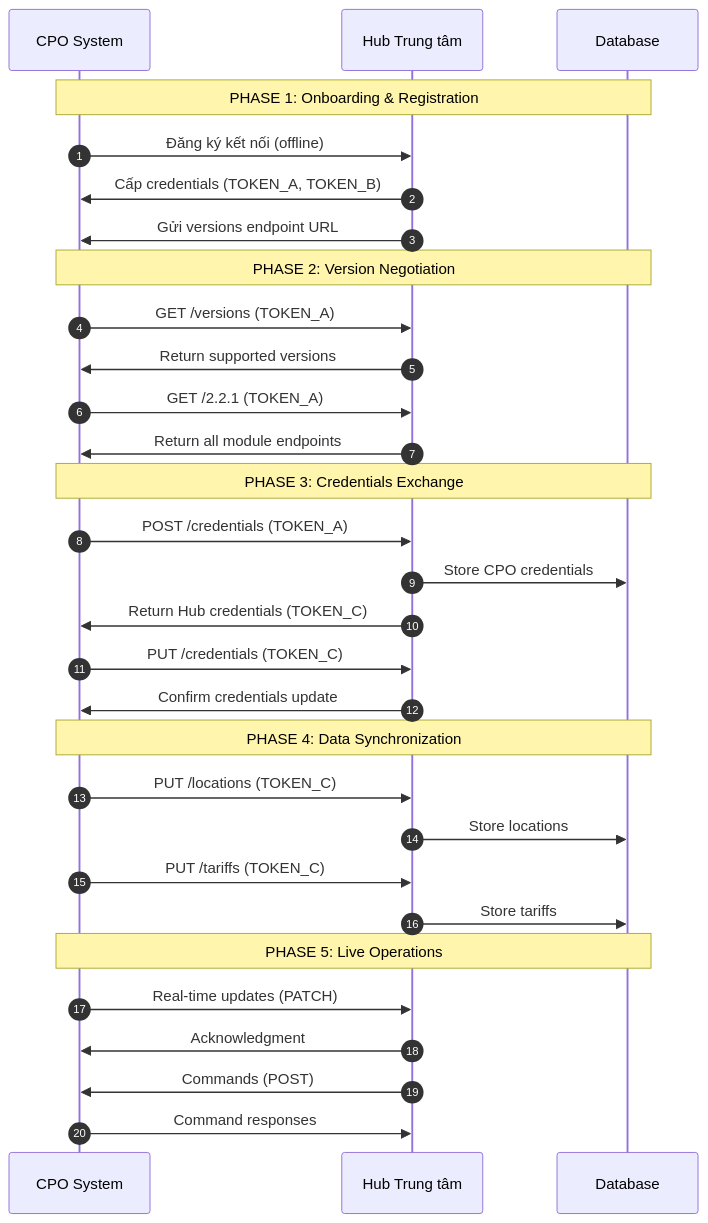
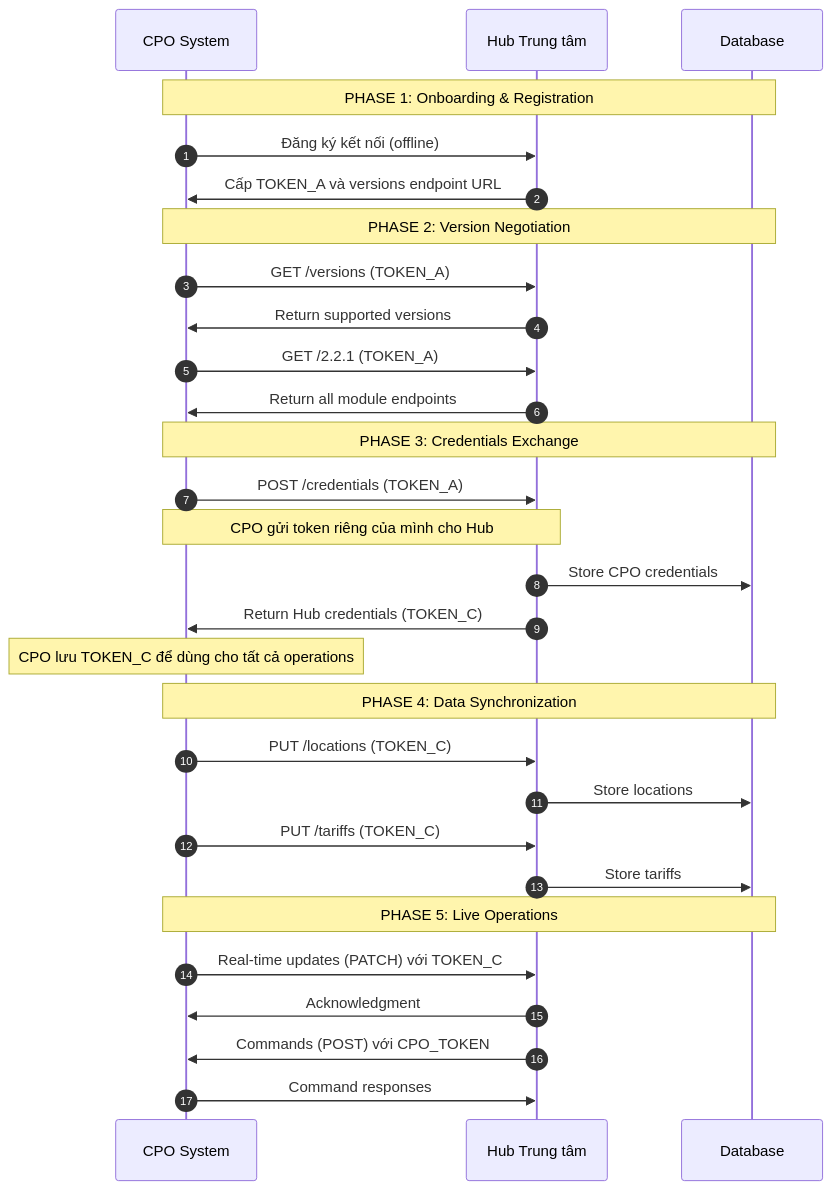
The fourth of 11 diagrams in Specification.md (lhoang8500/EV-OCPI), drawn with Mermaid before and after one commit. The commit also changed other lines of this file, not shown here.

Commit message:
Update token logic

````diff
--- a/Specification.md
+++ b/Specification.md
@@ -371,37 +371,36 @@
 ```mermaid
 sequenceDiagram
     autonumber
     participant CPO as CPO System
     participant HUB as Hub Trung tâm
     participant DB as Database
     
     Note over CPO,DB: PHASE 1: Onboarding & Registration
     CPO->>HUB: Đăng ký kết nối (offline)
-    HUB->>CPO: Cấp credentials (TOKEN_A, TOKEN_B)
-    HUB->>CPO: Gửi versions endpoint URL
+    HUB->>CPO: Cấp TOKEN_A và versions endpoint URL
     
     Note over CPO,DB: PHASE 2: Version Negotiation
     CPO->>HUB: GET /versions (TOKEN_A)
     HUB->>CPO: Return supported versions
     CPO->>HUB: GET /2.2.1 (TOKEN_A)
     HUB->>CPO: Return all module endpoints
     
     Note over CPO,DB: PHASE 3: Credentials Exchange
     CPO->>HUB: POST /credentials (TOKEN_A)
+    Note over CPO,HUB: CPO gửi token riêng của mình cho Hub
     HUB->>DB: Store CPO credentials
     HUB->>CPO: Return Hub credentials (TOKEN_C)
-    CPO->>HUB: PUT /credentials (TOKEN_C)
-    HUB->>CPO: Confirm credentials update
+    Note over CPO: CPO lưu TOKEN_C để dùng cho tất cả operations
     
     Note over CPO,DB: PHASE 4: Data Synchronization
     CPO->>HUB: PUT /locations (TOKEN_C)
     HUB->>DB: Store locations
     CPO->>HUB: PUT /tariffs (TOKEN_C)
     HUB->>DB: Store tariffs
     
     Note over CPO,DB: PHASE 5: Live Operations
-    CPO->>HUB: Real-time updates (PATCH)
+    CPO->>HUB: Real-time updates (PATCH) với TOKEN_C
     HUB->>CPO: Acknowledgment
-    HUB->>CPO: Commands (POST)
+    HUB->>CPO: Commands (POST) với CPO_TOKEN
     CPO->>HUB: Command responses
 ```
````
